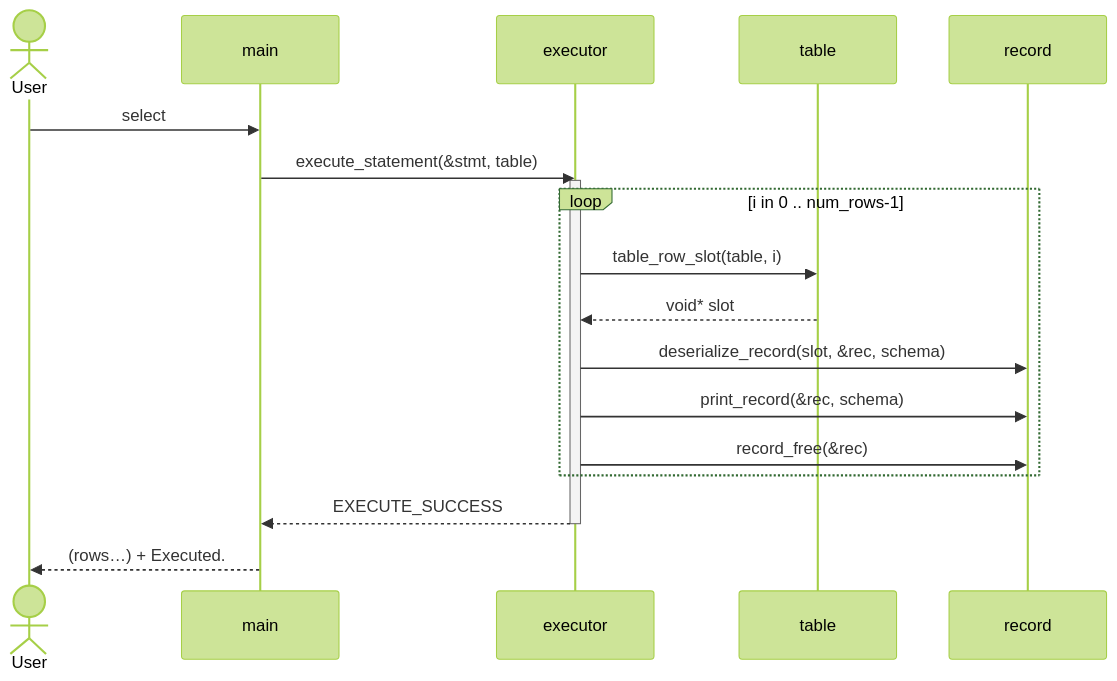
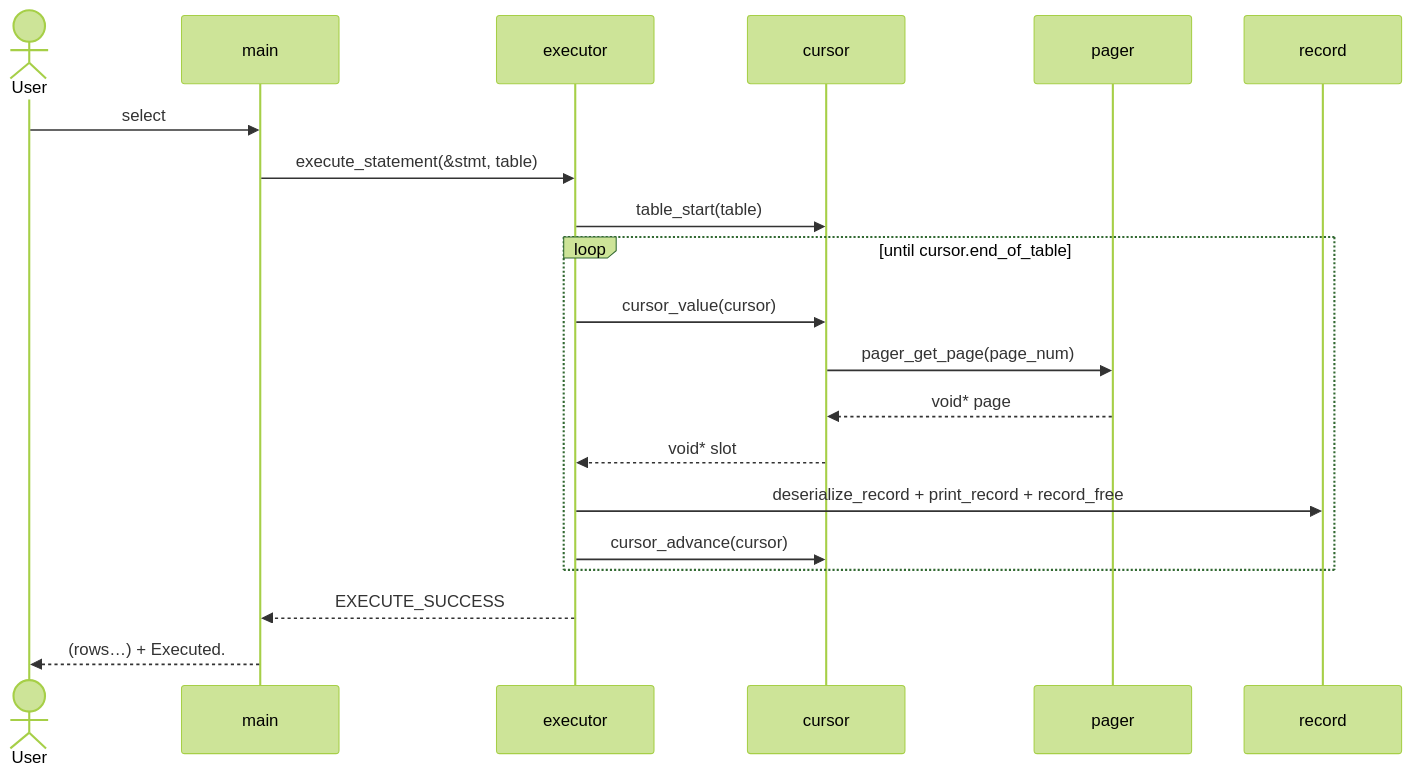
Before and after one commit to Rohitangshu2026/mini-sql: the eighth of 14 diagrams in README.md, drawn with Mermaid (forest theme). The commit also changed other lines of this file, not shown here.

Commit message:
docs: update README for disk persistence and the cursor abstraction

````diff
--- a/README.md
+++ b/README.md
@@ -382,22 +407,23 @@
 ```mermaid
 sequenceDiagram
     actor U as User
     participant M as main
     participant E as executor
-    participant T as table
+    participant C as cursor
+    participant P as pager
     participant R as record
 
     U->>M: select
     M->>E: execute_statement(&stmt, table)
-    activate E
-    loop i in 0 .. num_rows-1
-        E->>T: table_row_slot(table, i)
-        T-->>E: void* slot
-        E->>R: deserialize_record(slot, &rec, schema)
-        E->>R: print_record(&rec, schema)
-        E->>R: record_free(&rec)
+    E->>C: table_start(table)
+    loop until cursor.end_of_table
+        E->>C: cursor_value(cursor)
+        C->>P: pager_get_page(page_num)
+        P-->>C: void* page
+        C-->>E: void* slot
+        E->>R: deserialize_record + print_record + record_free
+        E->>C: cursor_advance(cursor)
     end
     E-->>M: EXECUTE_SUCCESS
-    deactivate E
     M-->>U: (rows…) + Executed.
 ```
````
